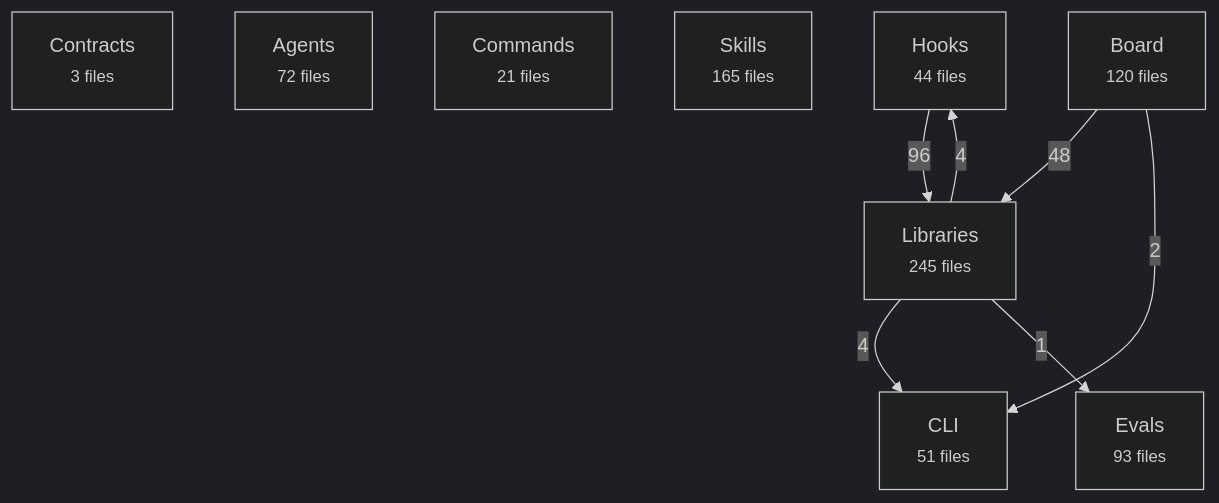
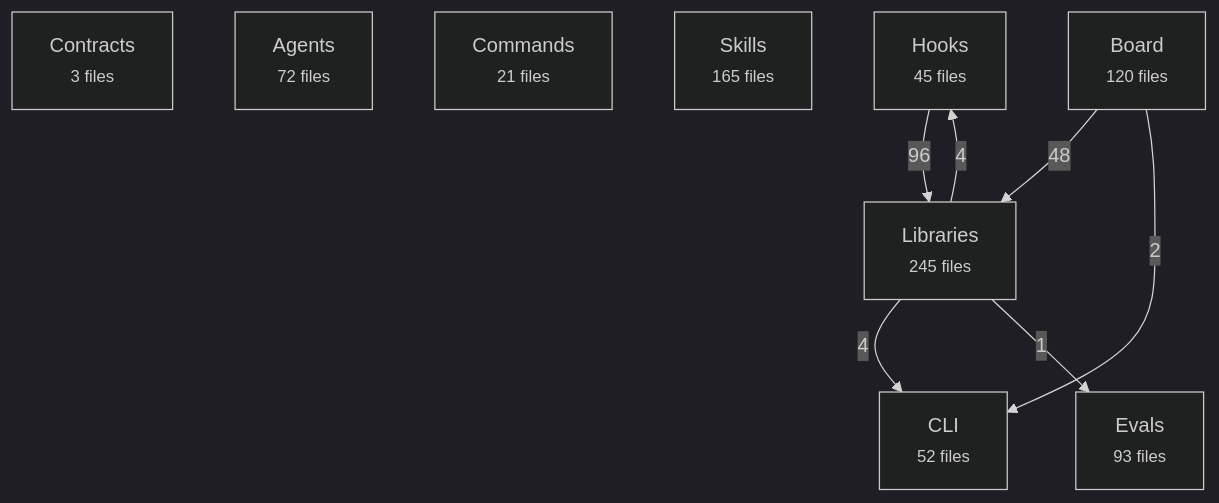
One commit to avelikiy/great_cto changed the first of 2 diagrams in docs/reference/architecture-map.md. Above: the diagram before and after it, drawn with Mermaid (dark theme). The commit also changed other lines of this file and 5 other files, not shown here.

````diff
--- a/docs/reference/architecture-map.md
+++ b/docs/reference/architecture-map.md
@@ -20,18 +20,18 @@
 ```mermaid
 flowchart TD
   contracts["Contracts<br/><small>3 files</small>"]
   agents["Agents<br/><small>72 files</small>"]
   commands["Commands<br/><small>21 files</small>"]
   skills["Skills<br/><small>165 files</small>"]
-  hooks["Hooks<br/><small>44 files</small>"]
+  hooks["Hooks<br/><small>45 files</small>"]
   libs["Libraries<br/><small>245 files</small>"]
   board["Board<br/><small>120 files</small>"]
-  cli["CLI<br/><small>51 files</small>"]
+  cli["CLI<br/><small>52 files</small>"]
   evals["Evals<br/><small>93 files</small>"]
   hooks -->|96| libs
   board -->|48| libs
   libs -->|4| hooks
   libs -->|4| cli
   board -->|2| cli
   libs -->|1| evals
 ```
````
